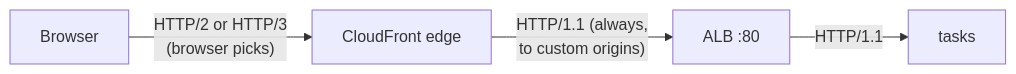
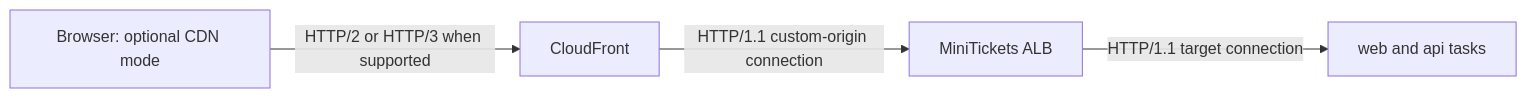
Before and after one commit to maheshnd/minitickets: the diagram in docs/handbook/concepts/http-versions.md, drawn with Mermaid. The commit also changed other lines of this file and 119 other files, not shown here.

````diff
--- a/docs/handbook/concepts/http-versions.md
+++ b/docs/handbook/concepts/http-versions.md
@@ -20,6 +18,6 @@
 ```mermaid
 flowchart LR
-    b["Browser"] -->|"HTTP/2 or HTTP/3<br/>(browser picks)"| cf["CloudFront edge"]
-    cf -->|"HTTP/1.1 (always,<br/>to custom origins)"| alb["ALB :80"]
-    alb -->|"HTTP/1.1"| t["tasks"]
+browser["Browser: optional CDN mode"] -->|"HTTP/2 or HTTP/3 when supported"| edge["CloudFront"]
+    edge -->|"HTTP/1.1 custom-origin connection"| alb["MiniTickets ALB"]
+    alb -->|"HTTP/1.1 target connection"| apps["web and api tasks"]
 ```
````
